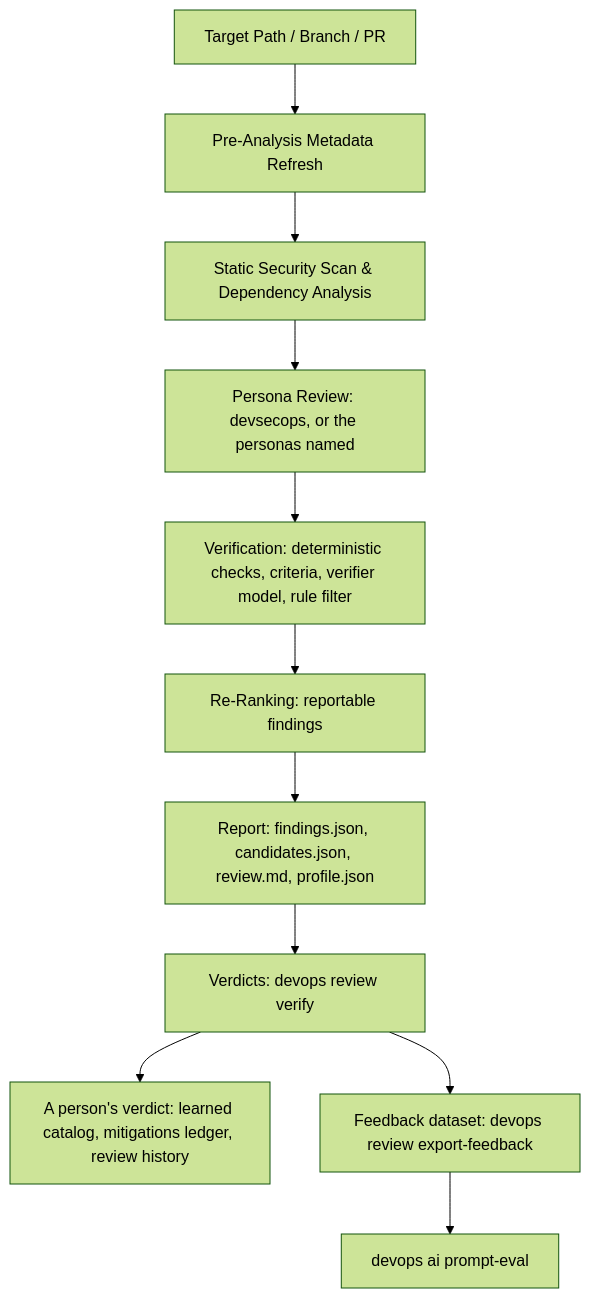
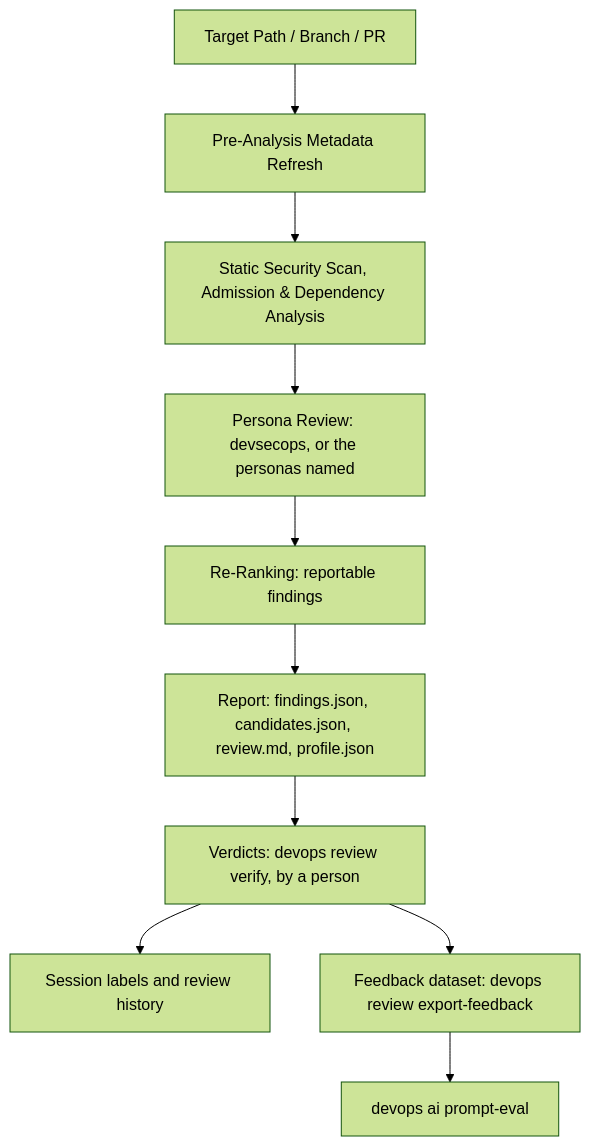
The diagram in src/devops_cli/ai/knowledge_base/devops_cli/tasks/ai_code_review.md (dan-petty/devops-cli), drawn with Mermaid (forest theme) before and after one commit. The commit also changed other lines of this file and 330 other files, not shown here.

````diff
--- a/src/devops_cli/ai/knowledge_base/devops_cli/tasks/ai_code_review.md
+++ b/src/devops_cli/ai/knowledge_base/devops_cli/tasks/ai_code_review.md
@@ -11,13 +11,12 @@
 ```mermaid
 graph TD
     A[Target Path / Branch / PR] --> S1[Pre-Analysis Metadata Refresh]
-    S1 --> S2[Static Security Scan & Dependency Analysis]
+    S1 --> S2[Static Security Scan, Admission & Dependency Analysis]
     S2 --> S3[Persona Review: devsecops, or the personas named]
-    S3 --> S4[Verification: deterministic checks, criteria, verifier model, rule filter]
-    S4 --> S5[Re-Ranking: reportable findings]
+    S3 --> S5[Re-Ranking: reportable findings]
     S5 --> S6[Report: findings.json, candidates.json, review.md, profile.json]
-    S6 --> F1[Verdicts: devops review verify]
-    F1 --> F2[A person's verdict: learned catalog, mitigations ledger, review history]
+    S6 --> F1[Verdicts: devops review verify, by a person]
+    F1 --> F2[Session labels and review history]
     F1 --> F3[Feedback dataset: devops review export-feedback]
     F3 --> F4[devops ai prompt-eval]
 ```
````
